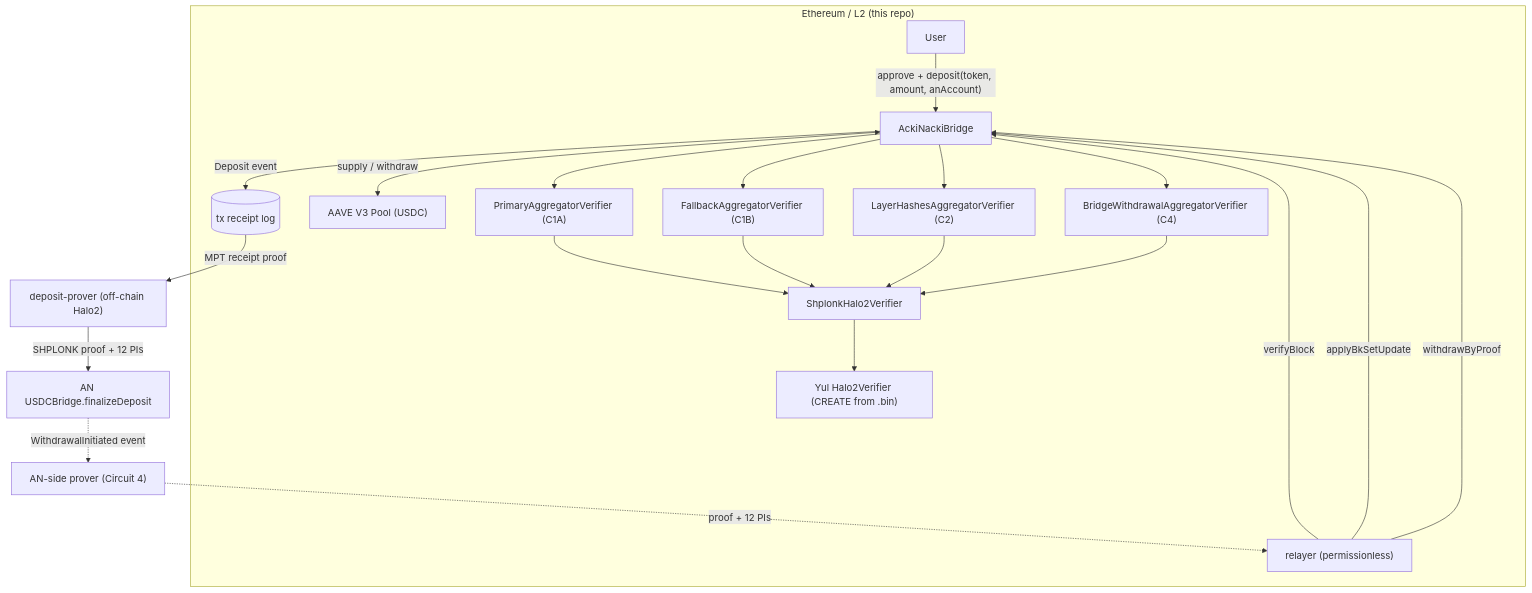
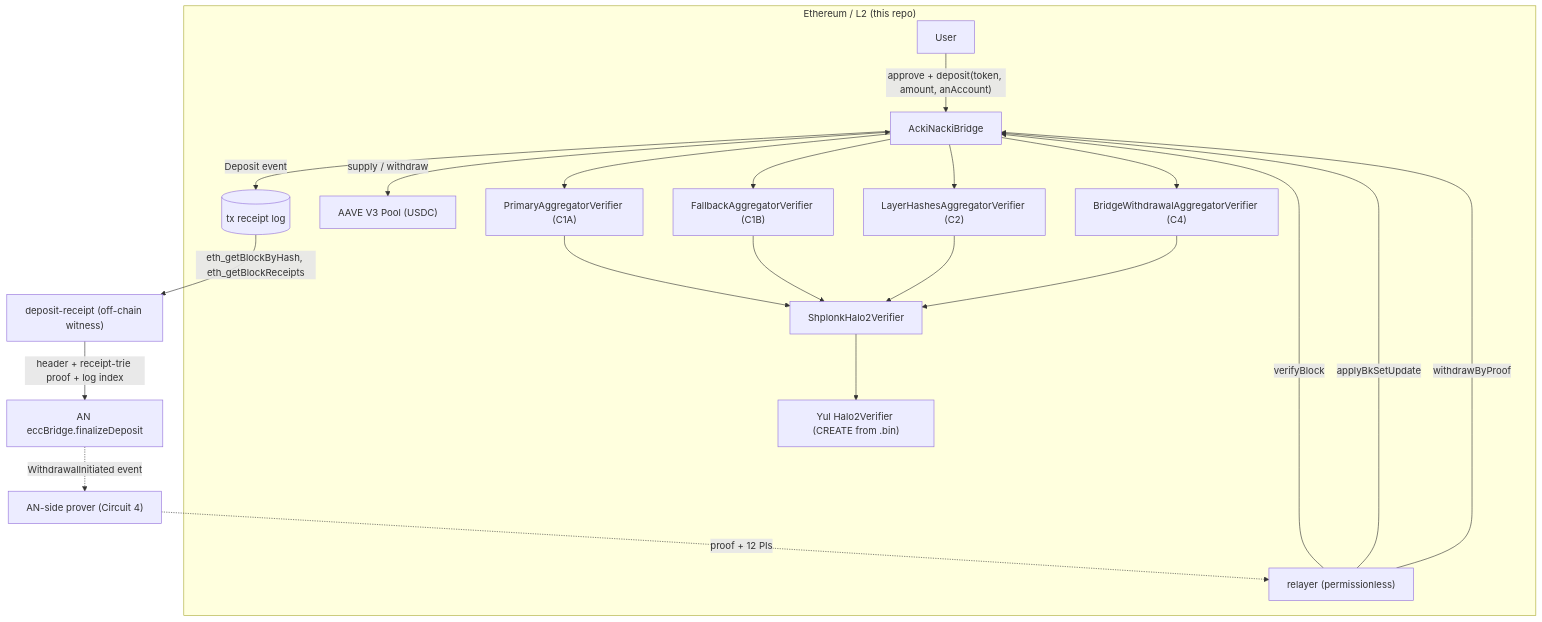
One commit to gosh-sh/bridge changed the diagram in docs/EVM-contracts-spec.md. Above: the diagram before and after it, drawn with Mermaid. The commit also changed other lines of this file and 239 other files, not shown here.

First line of the commit message:
eccBridge: finalize deposits from an on-chain receipt proof, drop the deposit circuit (bridge-audit#139) (#163)

````diff
--- a/docs/EVM-contracts-spec.md
+++ b/docs/EVM-contracts-spec.md
@@ -124,20 +132,20 @@
 ```mermaid
 flowchart TB
     subgraph ETH["Ethereum / L2 (this repo)"]
         U["User"] -->|"approve + deposit(token, amount, anAccount)"| B["AckiNackiBridge"]
         B -->|"Deposit event"| LOG[("tx receipt log")]
         B <-->|"supply / withdraw"| AAVE["AAVE V3 Pool (USDC)"]
         R["relayer (permissionless)"] -->|"verifyBlock"| B
         R -->|"applyBkSetUpdate"| B
         R -->|"withdrawByProof"| B
         B --> V1["PrimaryAggregatorVerifier (C1A)"]
         B --> V2["FallbackAggregatorVerifier (C1B)"]
         B --> V3["LayerHashesAggregatorVerifier (C2)"]
         B --> V4["BridgeWithdrawalAggregatorVerifier (C4)"]
         V1 & V2 & V3 & V4 --> W["ShplonkHalo2Verifier"] --> Y["Yul Halo2Verifier (CREATE from .bin)"]
     end
-    LOG -->|"MPT receipt proof"| DP["deposit-prover (off-chain Halo2)"]
-    DP -->|"SHPLONK proof + 12 PIs"| AN["AN USDCBridge.finalizeDeposit"]
+    LOG -->|"eth_getBlockByHash, eth_getBlockReceipts"| DP["deposit-receipt (off-chain witness)"]
+    DP -->|"header + receipt-trie proof + log index"| AN["AN eccBridge.finalizeDeposit"]
     AN -.->|"WithdrawalInitiated event"| C4P["AN-side prover (Circuit 4)"]
     C4P -.->|"proof + 12 PIs"| R
 ```
````
